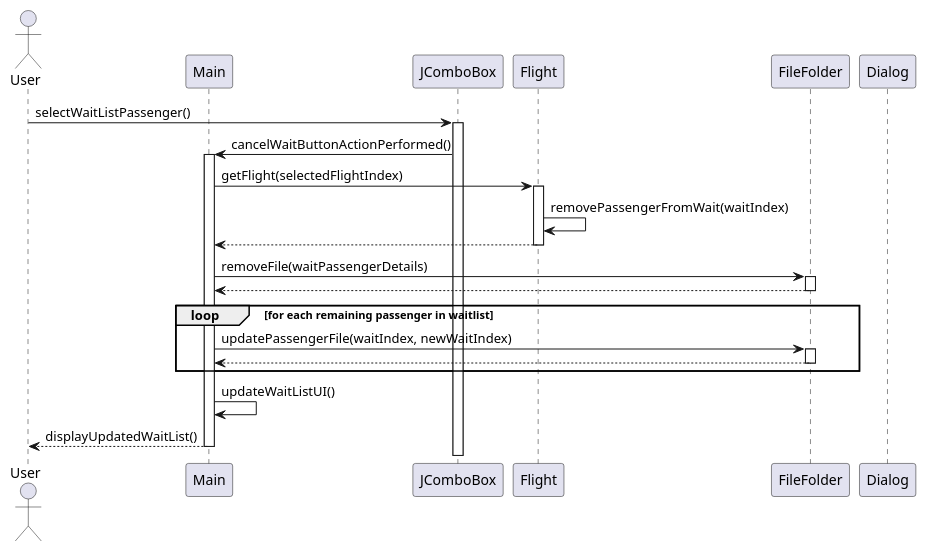
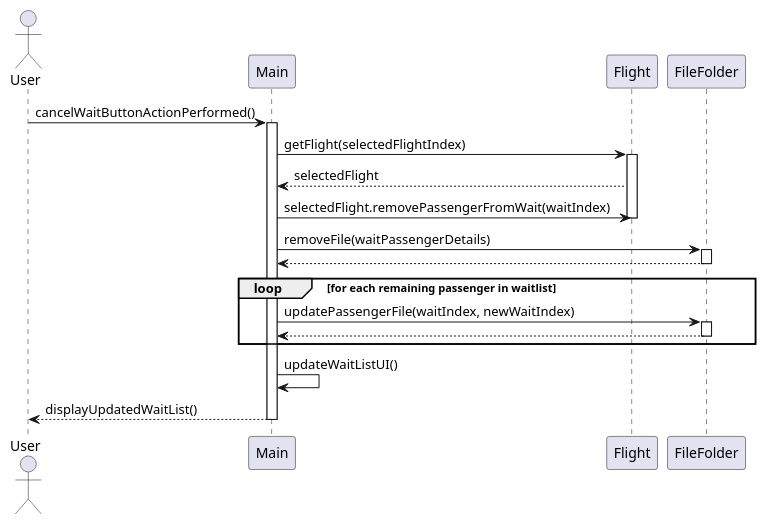
The diagram in diagrams/MainSeq_CancelWaitPass.puml (brandon-toews/JavaProject), drawn with PlantUML before and after one commit. The commit also changed 15 other files, not shown here.

Commit message:
finished diagrams

```diff
--- a/diagrams/MainSeq_CancelWaitPass.puml
+++ b/diagrams/MainSeq_CancelWaitPass.puml
@@ -1,36 +1,32 @@
 @startuml
 actor User
 participant "Main" as M
-participant "JComboBox" as WaitComboBox
 participant "Flight" as F
 participant "FileFolder" as FF
-participant "Dialog" as D
 
-User -> WaitComboBox : selectWaitListPassenger()
-activate WaitComboBox
-WaitComboBox -> M : cancelWaitButtonActionPerformed()
+User -> M : cancelWaitButtonActionPerformed()
 activate M
 
 M -> F : getFlight(selectedFlightIndex)
 activate F
-F -> F : removePassengerFromWait(waitIndex)
-F --> M
+F --> M : selectedFlight
+M -> F : selectedFlight.removePassengerFromWait(waitIndex)
 deactivate F
 
 M -> FF : removeFile(waitPassengerDetails)
 activate FF
 FF --> M
 deactivate FF
 
 ' Update the remaining waitlist numbers
 loop for each remaining passenger in waitlist
     M -> FF : updatePassengerFile(waitIndex, newWaitIndex)
     activate FF
     FF --> M
     deactivate FF
 end
 
 M -> M : updateWaitListUI()
 M --> User : displayUpdatedWaitList()
 deactivate M
 @enduml
```
